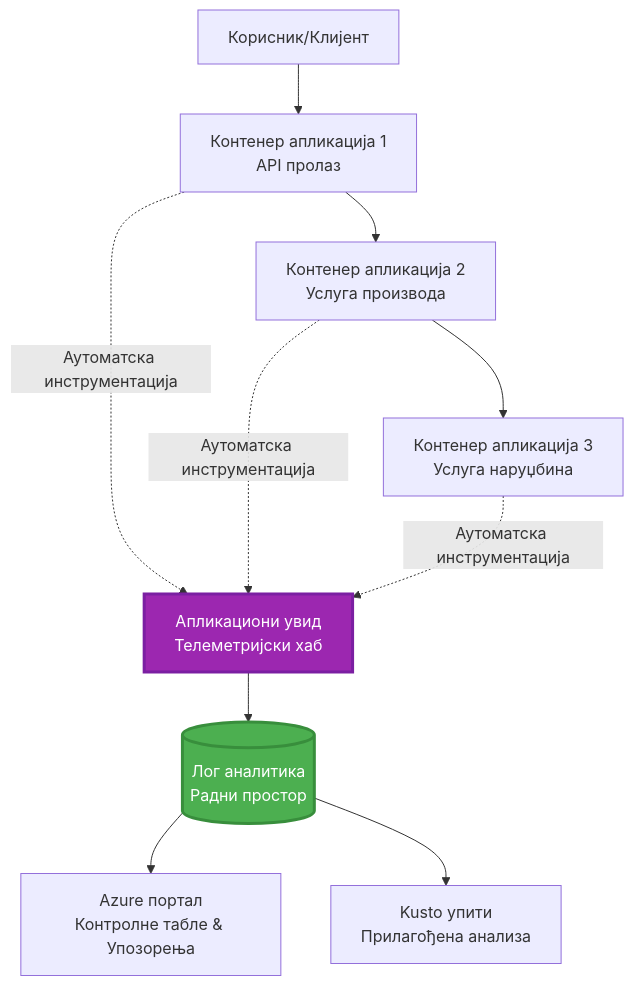
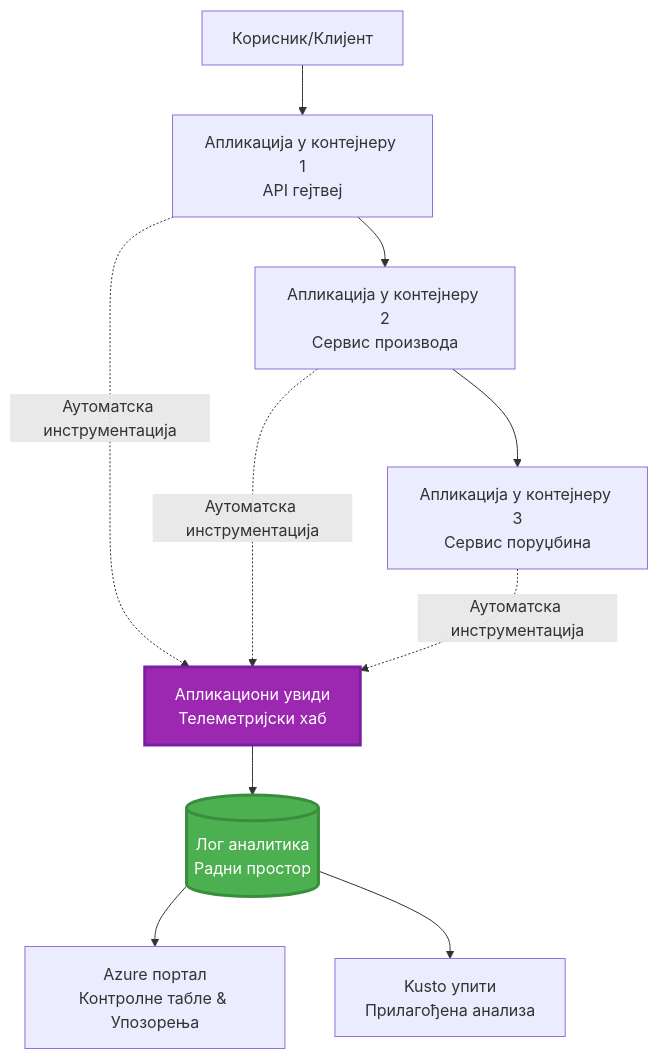
Before and after one commit to microsoft/AZD-for-beginners: the first of 2 diagrams in translations/sr/docs/chapter-06-pre-deployment/application-insights.md, drawn with Mermaid. The commit also changed other lines of this file and 101 other files, not shown here.

````diff
--- a/translations/sr/docs/chapter-06-pre-deployment/application-insights.md
+++ b/translations/sr/docs/chapter-06-pre-deployment/application-insights.md
@@ -58,28 +58,28 @@
 ```mermaid
 graph TB
     User[Корисник/Клијент]
-    App1[Контенер апликација 1<br/>API пролаз]
-    App2[Контенер апликација 2<br/>Услуга производа]
-    App3[Контенер апликација 3<br/>Услуга наруџбина]
+    App1[Апликација у контејнеру 1<br/>API гејтвеј]
+    App2[Апликација у контејнеру 2<br/>Сервис производа]
+    App3[Апликација у контејнеру 3<br/>Сервис поруџбина]
     
-    AppInsights[Апликациони увид<br/>Телеметријски хаб]
+    AppInsights[Апликациони увиди<br/>Телеметријски хаб]
     LogAnalytics[(Лог аналитика<br/>Радни простор)]
     
     Portal[Azure портал<br/>Контролне табле & Упозорења]
     Query[Kusto упити<br/>Прилагођена анализа]
     
     User --> App1
     App1 --> App2
     App2 --> App3
     
     App1 -.->|Аутоматска инструментација| AppInsights
     App2 -.->|Аутоматска инструментација| AppInsights
     App3 -.->|Аутоматска инструментација| AppInsights
     
     AppInsights --> LogAnalytics
     LogAnalytics --> Portal
     LogAnalytics --> Query
     
     style AppInsights fill:#9C27B0,stroke:#7B1FA2,stroke-width:3px,color:#fff
     style LogAnalytics fill:#4CAF50,stroke:#388E3C,stroke-width:3px,color:#fff
 ```
````
